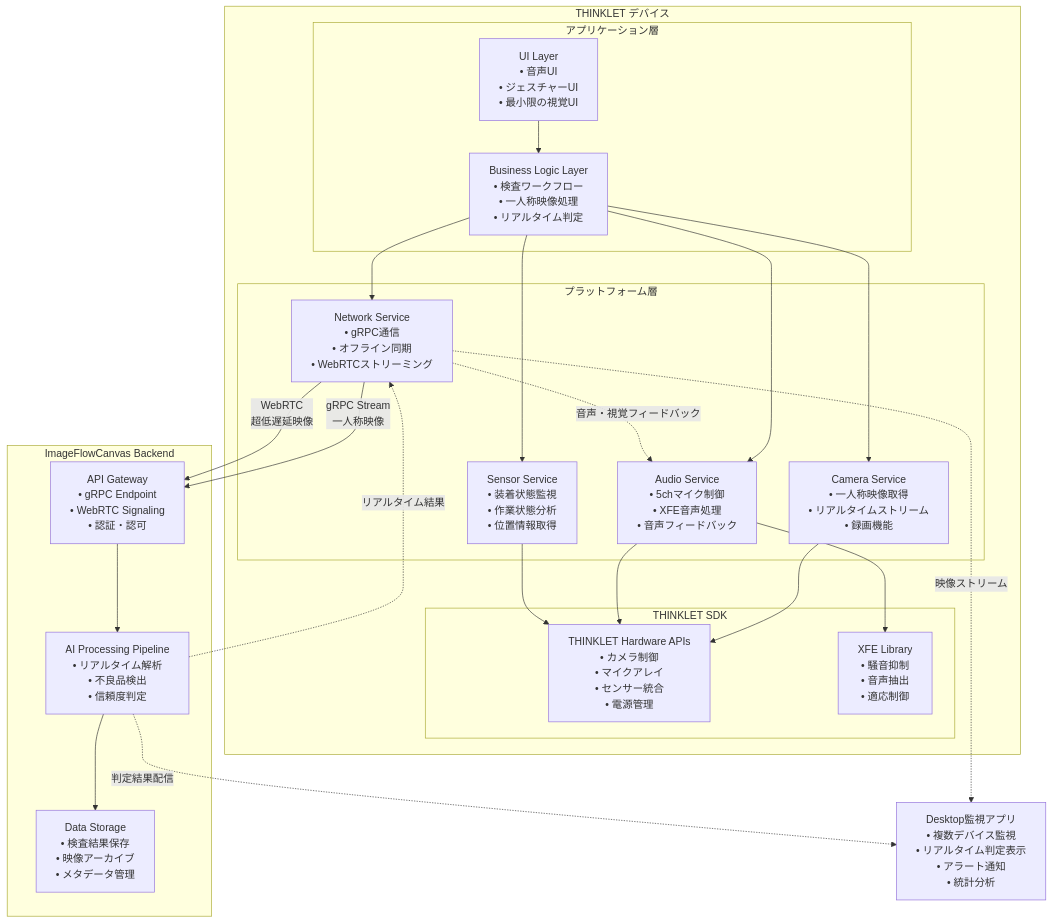
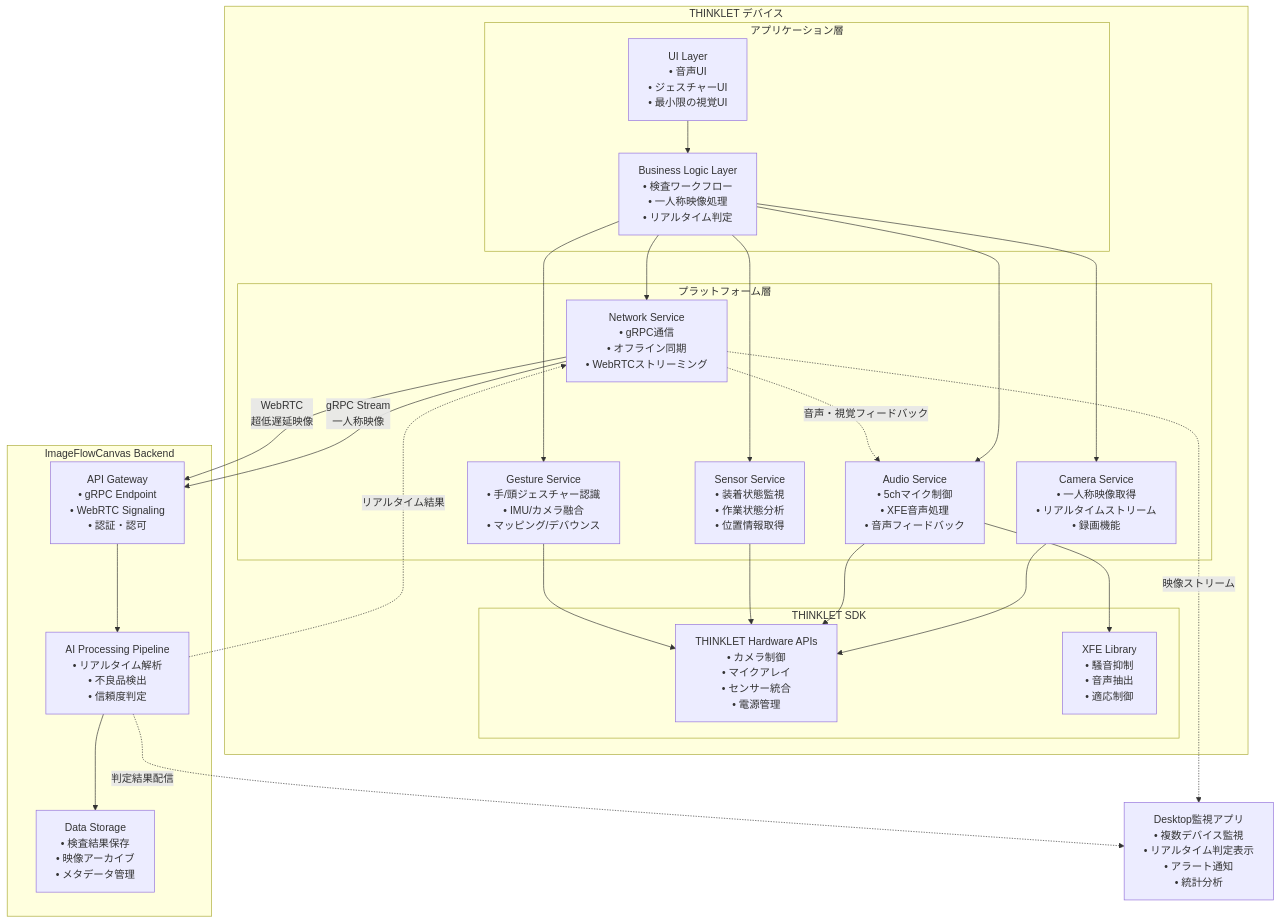
Before and after one commit to daichiTAAA/ImageFlowCanvas: the diagram in docs/0300_設計_アプローチ1/0311_THINKLETアプリ設計.md, drawn with Mermaid. The commit also changed other lines of this file and 64 other files, not shown here.

````diff
--- a/docs/0300_設計_アプローチ1/0311_THINKLETアプリ設計.md
+++ b/docs/0300_設計_アプローチ1/0311_THINKLETアプリ設計.md
@@ -103,53 +103,56 @@
 ```mermaid
 graph TB
     subgraph "THINKLET デバイス"
         subgraph "アプリケーション層"
             UILayer[UI Layer<br/>• 音声UI<br/>• ジェスチャーUI<br/>• 最小限の視覚UI]
             BusinessLayer[Business Logic Layer<br/>• 検査ワークフロー<br/>• 一人称映像処理<br/>• リアルタイム判定]
         end
         
         subgraph "プラットフォーム層"
             CameraService[Camera Service<br/>• 一人称映像取得<br/>• リアルタイムストリーム<br/>• 録画機能]
             AudioService[Audio Service<br/>• 5chマイク制御<br/>• XFE音声処理<br/>• 音声フィードバック]
             SensorService[Sensor Service<br/>• 装着状態監視<br/>• 作業状態分析<br/>• 位置情報取得]
+            GestureService[Gesture Service<br/>• 手/頭ジェスチャー認識<br/>• IMU/カメラ融合<br/>• マッピング/デバウンス]
             NetworkService[Network Service<br/>• gRPC通信<br/>• オフライン同期<br/>• WebRTCストリーミング]
         end
         
         subgraph "THINKLET SDK"
             ThinkletHardware[THINKLET Hardware APIs<br/>• カメラ制御<br/>• マイクアレイ<br/>• センサー統合<br/>• 電源管理]
             XFELibrary[XFE Library<br/>• 騒音抑制<br/>• 音声抽出<br/>• 適応制御]
         end
     end
     
     subgraph "ImageFlowCanvas Backend"
         APIGateway[API Gateway<br/>• gRPC Endpoint<br/>• WebRTC Signaling<br/>• 認証・認可]
         AIProcessing[AI Processing Pipeline<br/>• リアルタイム解析<br/>• 不良品検出<br/>• 信頼度判定]
         DataStorage[Data Storage<br/>• 検査結果保存<br/>• 映像アーカイブ<br/>• メタデータ管理]
     end
     
     %% デバイス内通信
     UILayer --> BusinessLayer
     BusinessLayer --> CameraService
     BusinessLayer --> AudioService  
     BusinessLayer --> SensorService
+  BusinessLayer --> GestureService
     BusinessLayer --> NetworkService
     
     CameraService --> ThinkletHardware
     AudioService --> ThinkletHardware
     AudioService --> XFELibrary
     SensorService --> ThinkletHardware
+  GestureService --> ThinkletHardware
     
     %% バックエンド通信
     NetworkService -->|gRPC Stream<br/>一人称映像| APIGateway
     NetworkService -->|WebRTC<br/>超低遅延映像| APIGateway
     APIGateway --> AIProcessing
     AIProcessing --> DataStorage
     
     %% フィードバックループ
     AIProcessing -.->|リアルタイム結果| NetworkService
     NetworkService -.->|音声・視覚フィードバック| AudioService
     
     %% デスクトップ連携
     AIProcessing -.->|判定結果配信| DesktopApp[Desktop監視アプリ<br/>• 複数デバイス監視<br/>• リアルタイム判定表示<br/>• アラート通知<br/>• 統計分析]
     NetworkService -.->|映像ストリーム| DesktopApp
 ```
````
